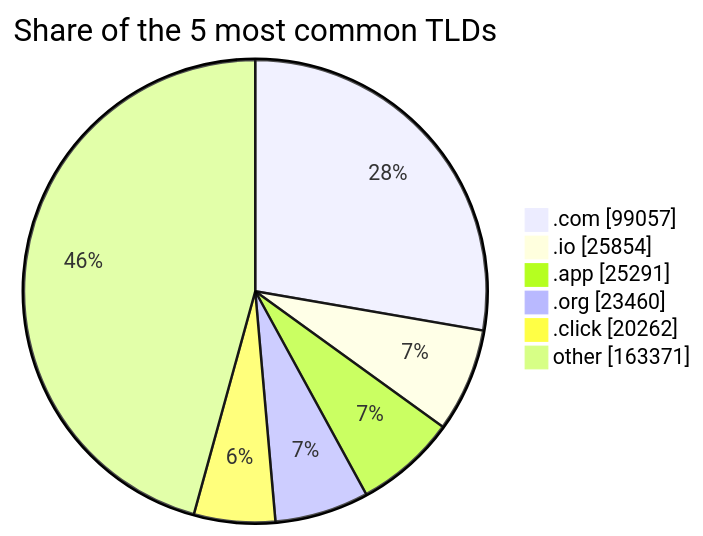
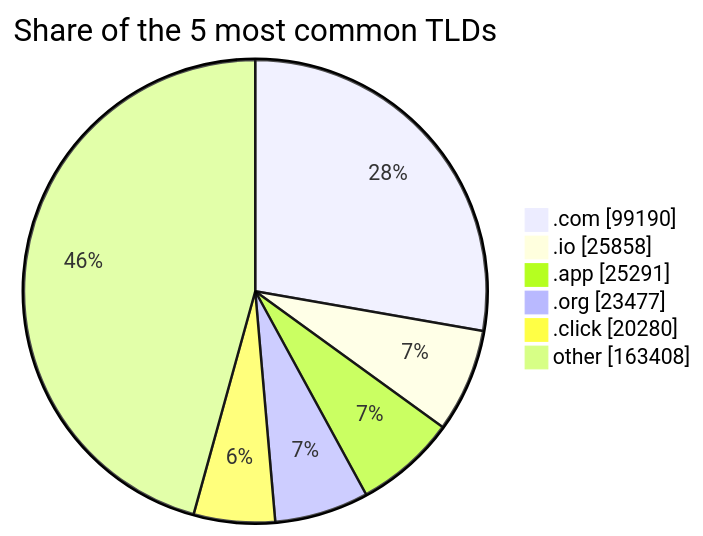
One commit to DNSBunker/CTI changed the third of 3 diagrams in README.md. Above: the diagram before and after it, drawn with Mermaid. The commit also changed other lines of this file and 3 other files, not shown here.

````diff
--- a/README.md
+++ b/README.md
@@ -81,9 +81,9 @@
 ```mermaid
 pie showData title Share of the 5 most common TLDs
-    ".com" : 99057
-    ".io" : 25854
+    ".com" : 99190
+    ".io" : 25858
     ".app" : 25291
-    ".org" : 23460
-    ".click" : 20262
-    "other" : 163371
+    ".org" : 23477
+    ".click" : 20280
+    "other" : 163408
 ```
````
